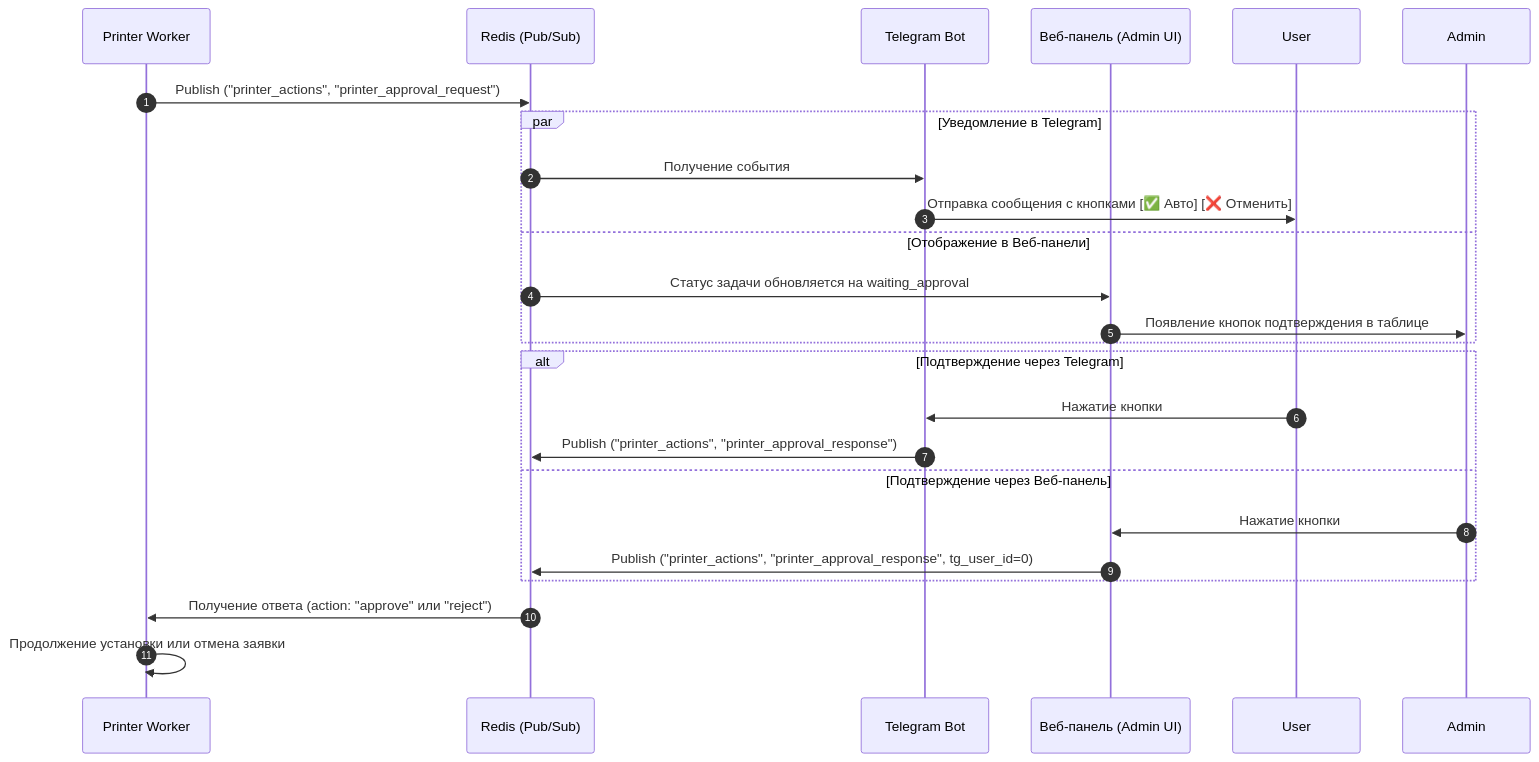
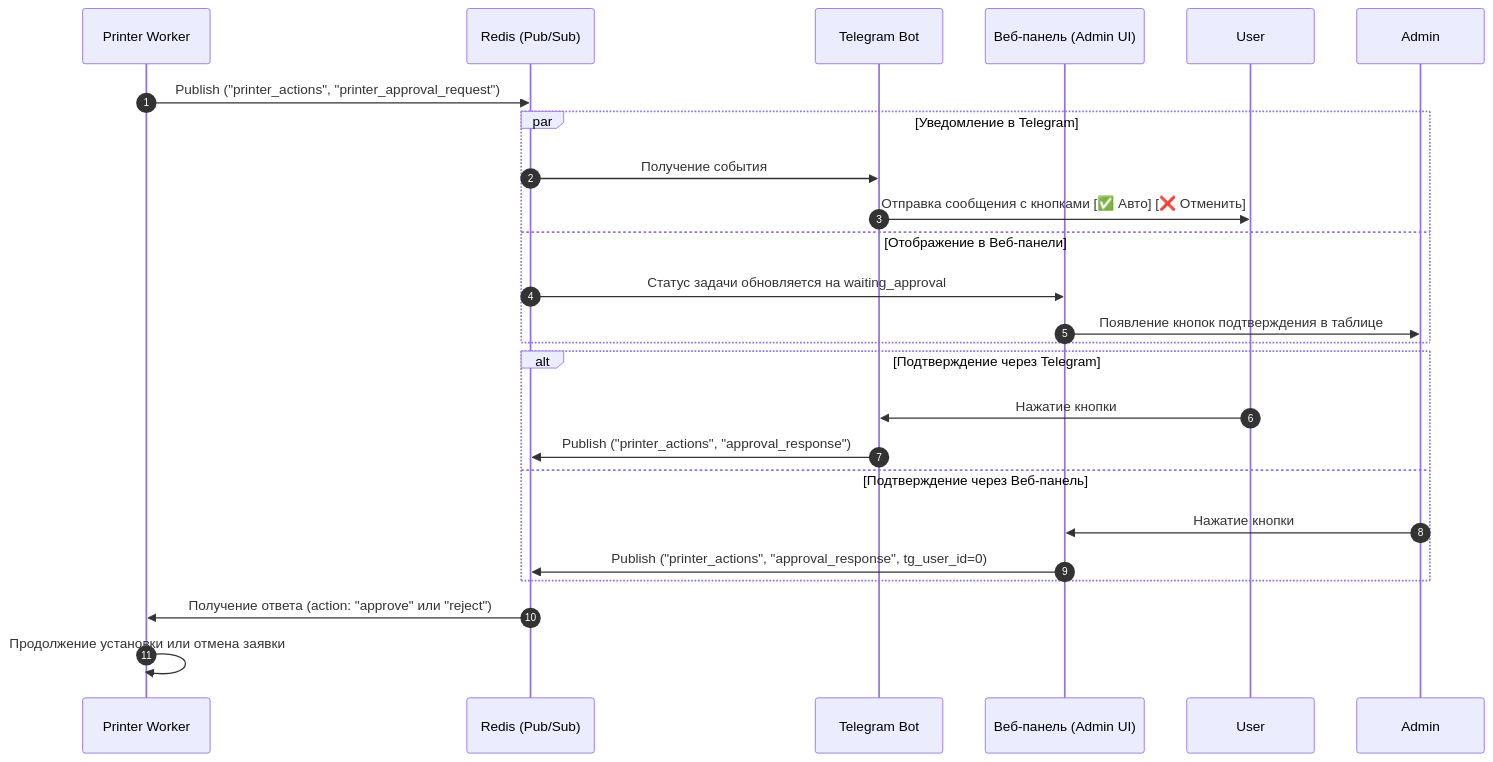
The fifth of 5 diagrams in docs/architecture.md (Unlesssebl/IntraLink), drawn with Mermaid before and after one commit. The commit also changed other lines of this file and 8 other files, not shown here.

````diff
--- a/docs/architecture.md
+++ b/docs/architecture.md
@@ -291,29 +291,29 @@
 ```mermaid
 sequenceDiagram
     autonumber
     participant Worker as Printer Worker
     participant Redis as Redis (Pub/Sub)
     participant TG as Telegram Bot
     participant AdminUI as Веб-панель (Admin UI)
     
     Worker->>Redis: Publish ("printer_actions", "printer_approval_request")
     
     par Уведомление в Telegram
         Redis->>TG: Получение события
         TG->>User: Отправка сообщения с кнопками [✅ Авто] [❌ Отменить]
     and Отображение в Веб-панели
         Redis->>AdminUI: Статус задачи обновляется на waiting_approval
         AdminUI->>Admin: Появление кнопок подтверждения в таблице
     end
     
     alt Подтверждение через Telegram
         User->>TG: Нажатие кнопки
-        TG->>Redis: Publish ("printer_actions", "printer_approval_response")
+        TG->>Redis: Publish ("printer_actions", "approval_response")
     else Подтверждение через Веб-панель
         Admin->>AdminUI: Нажатие кнопки
-        AdminUI->>Redis: Publish ("printer_actions", "printer_approval_response", tg_user_id=0)
+        AdminUI->>Redis: Publish ("printer_actions", "approval_response", tg_user_id=0)
     end
     
     Redis->>Worker: Получение ответа (action: "approve" или "reject")
     Worker->>Worker: Продолжение установки или отмена заявки
 ```
````
